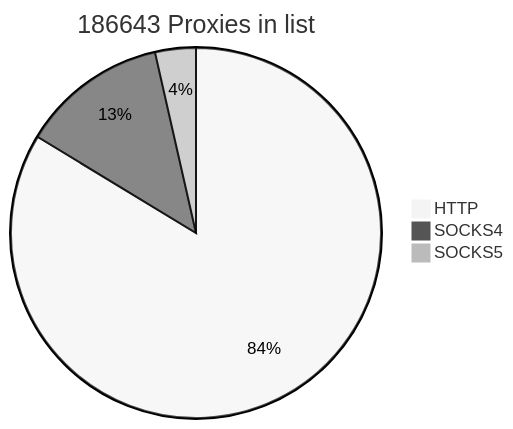
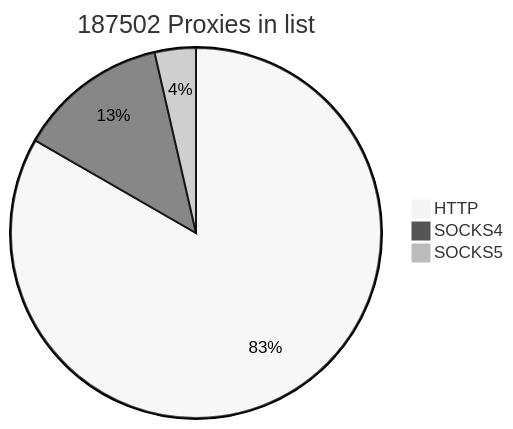
One commit to cutipu/proxylist changed the first of 2 diagrams in README.md. Above: the diagram before and after it, drawn with Mermaid (neutral theme). The commit also changed other lines of this file, not shown here.

````diff
--- a/README.md
+++ b/README.md
@@ -2,7 +2,7 @@
 ```mermaid
-pie title 186643 Proxies in list
-    "HTTP" : 156191
-    "SOCKS4" : 23817
-    "SOCKS5" : 6635
+pie title 187502 Proxies in list
+    "HTTP" : 156213
+    "SOCKS4" : 24552
+    "SOCKS5" : 6737
             
 ```
````
